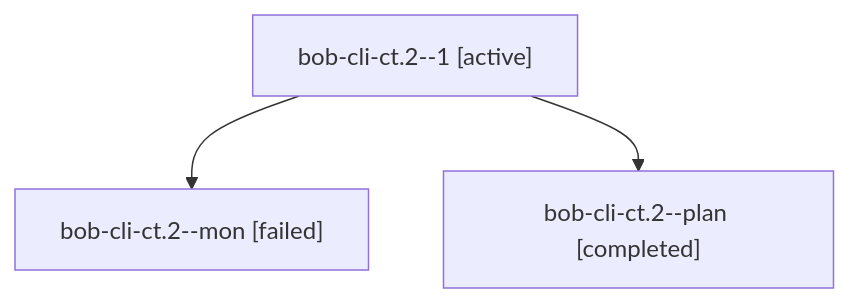
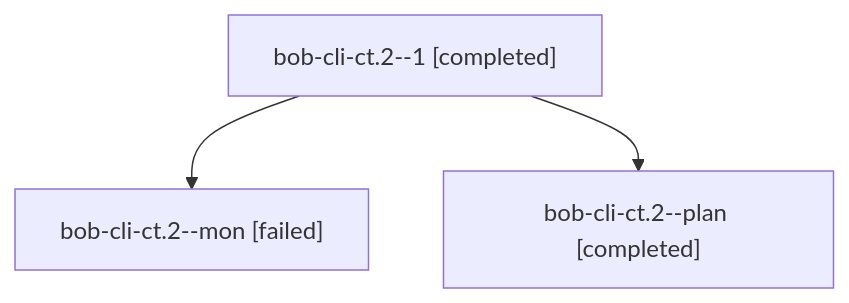
Before and after one commit to bobs-org/bob-cli--agents: the diagram in sessions/bbugyi200.athena.bob-cli-ct.2.md, drawn with Mermaid. The commit also changed other lines of this file and 236 other files, not shown here.

````diff
--- a/sessions/bbugyi200.athena.bob-cli-ct.2.md
+++ b/sessions/bbugyi200.athena.bob-cli-ct.2.md
@@ -9,8 +9,8 @@
 ```mermaid
 flowchart TD
-  n0["bob-cli-ct.2--1 [active]"]
+  n0["bob-cli-ct.2--1 [completed]"]
   n1["bob-cli-ct.2--mon [failed]"]
   n0 --> n1
   n2["bob-cli-ct.2--plan [completed]"]
   n0 --> n2
 ```
````
